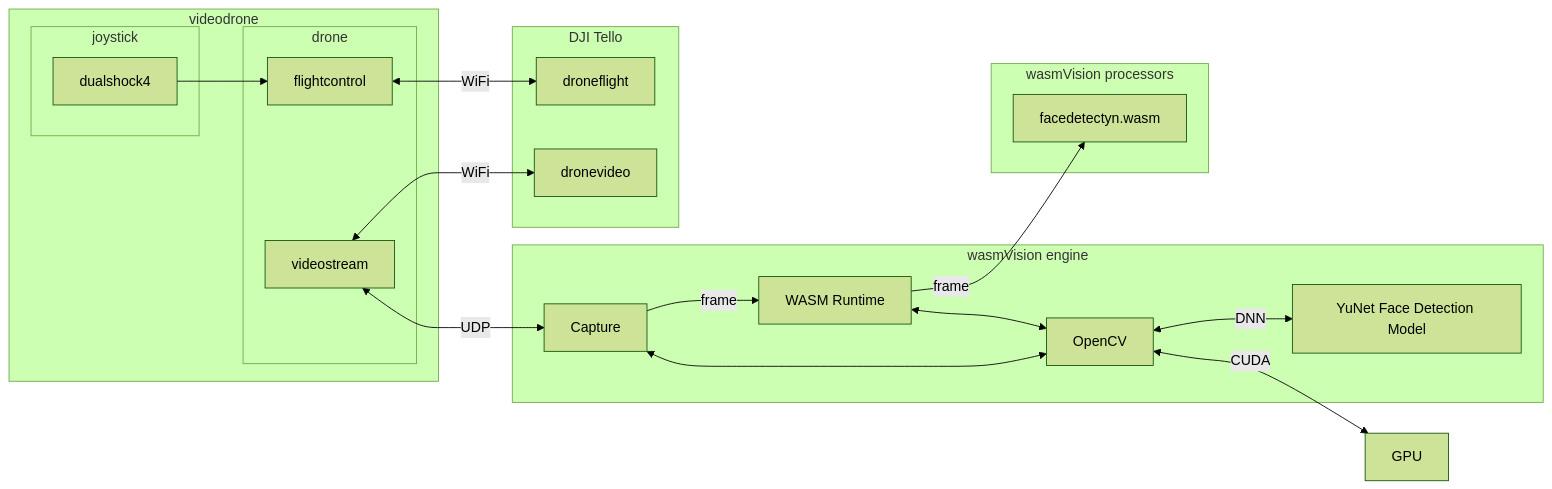
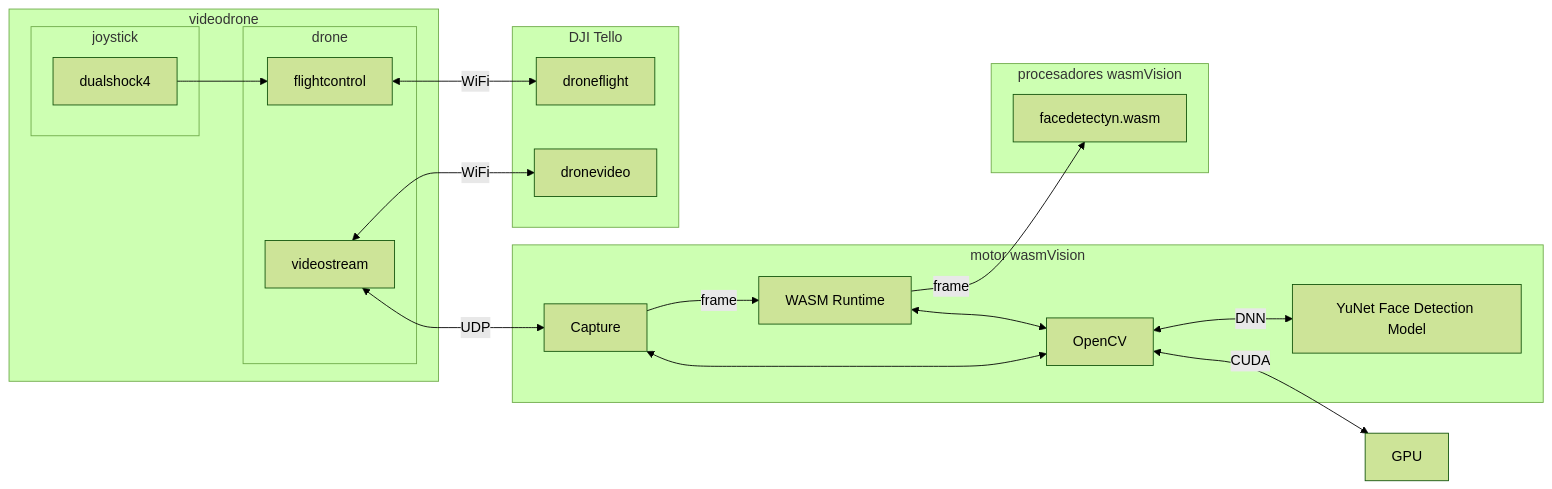
The diagram in diagrams/videodrone.md (deadprogram/gomad2025), drawn with Mermaid (forest theme) before and after one commit. The commit also changed 5 other files, not shown here.

````diff
--- a/diagrams/videodrone.md
+++ b/diagrams/videodrone.md
@@ -1,28 +1,28 @@
 ```mermaid
 flowchart LR
 subgraph videodrone
     subgraph joystick
         dualshock4
     end
     subgraph drone
         dualshock4-->flightcontrol
         videostream
     end
 end
-subgraph wasmVision engine
+subgraph motor wasmVision
     videostream<--UDP-->Capture
     Runtime[WASM Runtime]
     Capture--frame-->Runtime
     Capture<-->OpenCV
     Runtime<-->OpenCV
     OpenCV<--DNN-->YuNet[YuNet Face Detection Model]
 end
 OpenCV<--CUDA-->GPU
-subgraph wasmVision processors
+subgraph procesadores wasmVision
     Runtime--frame-->facedetectyn.wasm
 end
 subgraph DJI Tello
     flightcontrol<-- WiFi -->droneflight
     videostream<-- WiFi -->dronevideo
 end
 ```
````
